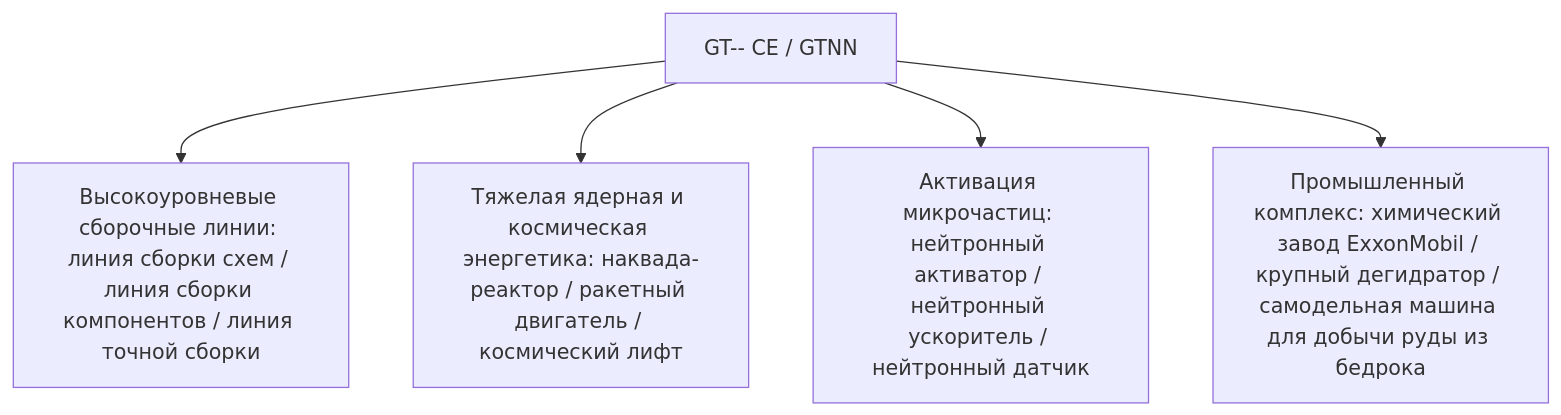
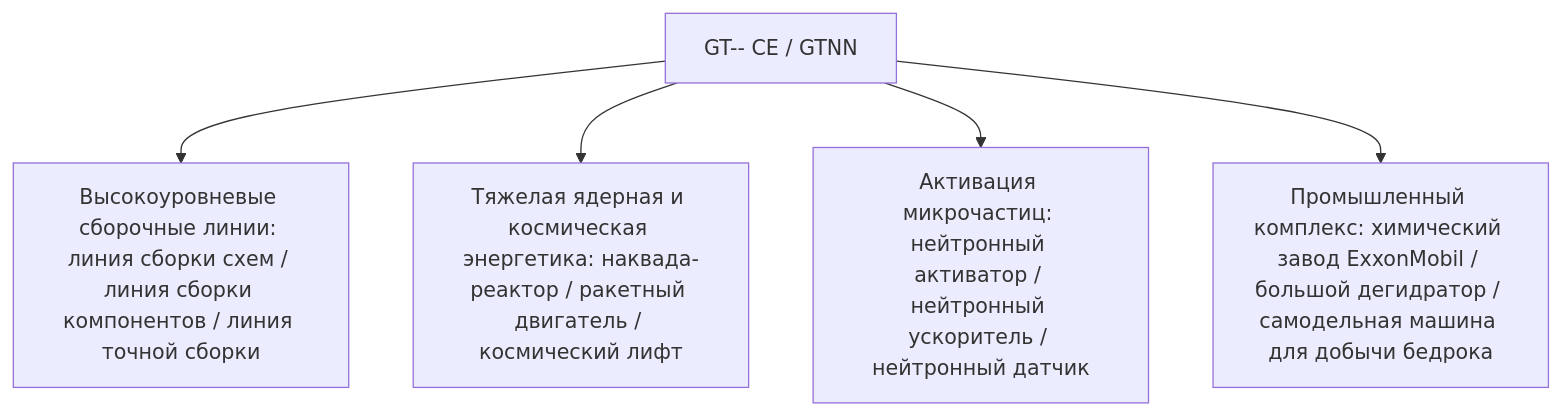
Before and after one commit to takanashisatou/GregtechEasy: the diagram in docs/ru/gt-minus-minus/index.md, drawn with Mermaid. The commit also changed other lines of this file and 138 other files, not shown here.

````diff
--- a/docs/ru/gt-minus-minus/index.md
+++ b/docs/ru/gt-minus-minus/index.md
@@ -12,7 +12,7 @@
 ```mermaid
 graph TD
     A[GT-- CE / GTNN] --> B[Высокоуровневые сборочные линии: линия сборки схем / линия сборки компонентов / линия точной сборки]
     A --> C[Тяжелая ядерная и космическая энергетика: наквада-реактор / ракетный двигатель / космический лифт]
     A --> D[Активация микрочастиц: нейтронный активатор / нейтронный ускоритель / нейтронный датчик]
-    A --> E[Промышленный комплекс: химический завод ExxonMobil / крупный дегидратор / самодельная машина для добычи руды из бедрока]
+    A --> E[Промышленный комплекс: химический завод ExxonMobil / большой дегидратор / самодельная машина для добычи бедрока]
 ```
````
